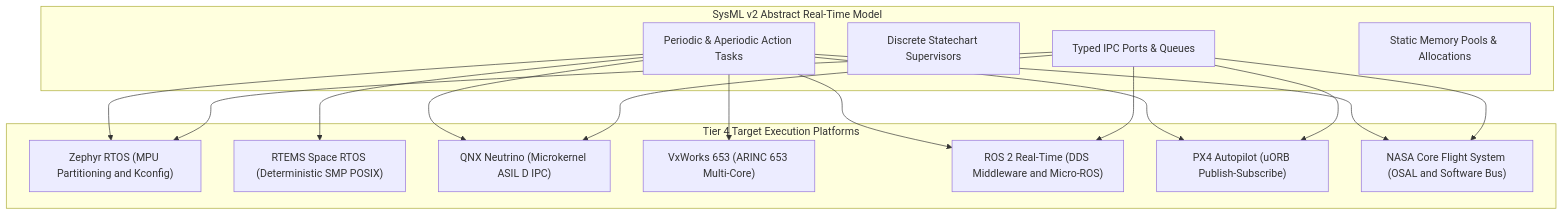
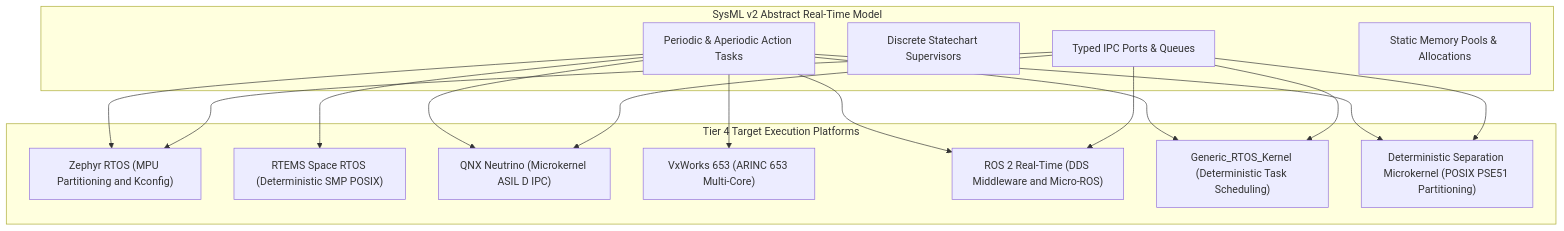
Before and after one commit to gintatkinson/DEAP01-spec-core: the eighth of 10 diagrams in docs/architecture/blueprints/DEAP_MULTI_TOOLCHAIN_SYNTHESIS_ARCHITECTURE.md, drawn with Mermaid. The commit also changed other lines of this file and 34 other files, not shown here.

Commit message:
docs(architecture): decontaminate reference blueprints and establish master execution plan (refs #405, refs #406)

````diff
--- a/docs/architecture/blueprints/DEAP_MULTI_TOOLCHAIN_SYNTHESIS_ARCHITECTURE.md
+++ b/docs/architecture/blueprints/DEAP_MULTI_TOOLCHAIN_SYNTHESIS_ARCHITECTURE.md
@@ -594,33 +660,33 @@
 ```mermaid
 flowchart TD
     subgraph SysML_Execution_Front ["SysML v2 Abstract Real-Time Model"]
         Tasks["Periodic & Aperiodic Action Tasks"]
         State_Supervisors["Discrete Statechart Supervisors"]
         IPC_Ports["Typed IPC Ports & Queues"]
         Memory_Bounds["Static Memory Pools & Allocations"]
     end
 
     subgraph Tier4_Targets ["Tier 4 Target Execution Platforms"]
         T4_Zephyr["Zephyr RTOS (MPU Partitioning and Kconfig)"]
         T4_RTEMS["RTEMS Space RTOS (Deterministic SMP POSIX)"]
         T4_QNX["QNX Neutrino (Microkernel ASIL D IPC)"]
         T4_VxWorks["VxWorks 653 (ARINC 653 Multi-Core)"]
         T4_ROS2["ROS 2 Real-Time (DDS Middleware and Micro-ROS)"]
-        T4_PX4["PX4 Autopilot (uORB Publish-Subscribe)"]
-        T4_cFS["NASA Core Flight System (OSAL and Software Bus)"]
+        T4_Kernel["Generic_RTOS_Kernel (Deterministic Task Scheduling)"]
+        T4_Micro["Deterministic Separation Microkernel (POSIX PSE51 Partitioning)"]
     end
 
     Tasks --> T4_Zephyr
     Tasks --> T4_RTEMS
     Tasks --> T4_QNX
     Tasks --> T4_VxWorks
     Tasks --> T4_ROS2
-    Tasks --> T4_PX4
-    Tasks --> T4_cFS
+    Tasks --> T4_Kernel
+    Tasks --> T4_Micro
 
     IPC_Ports --> T4_Zephyr
     IPC_Ports --> T4_QNX
     IPC_Ports --> T4_ROS2
-    IPC_Ports --> T4_PX4
-    IPC_Ports --> T4_cFS
+    IPC_Ports --> T4_Kernel
+    IPC_Ports --> T4_Micro
 ```
````
